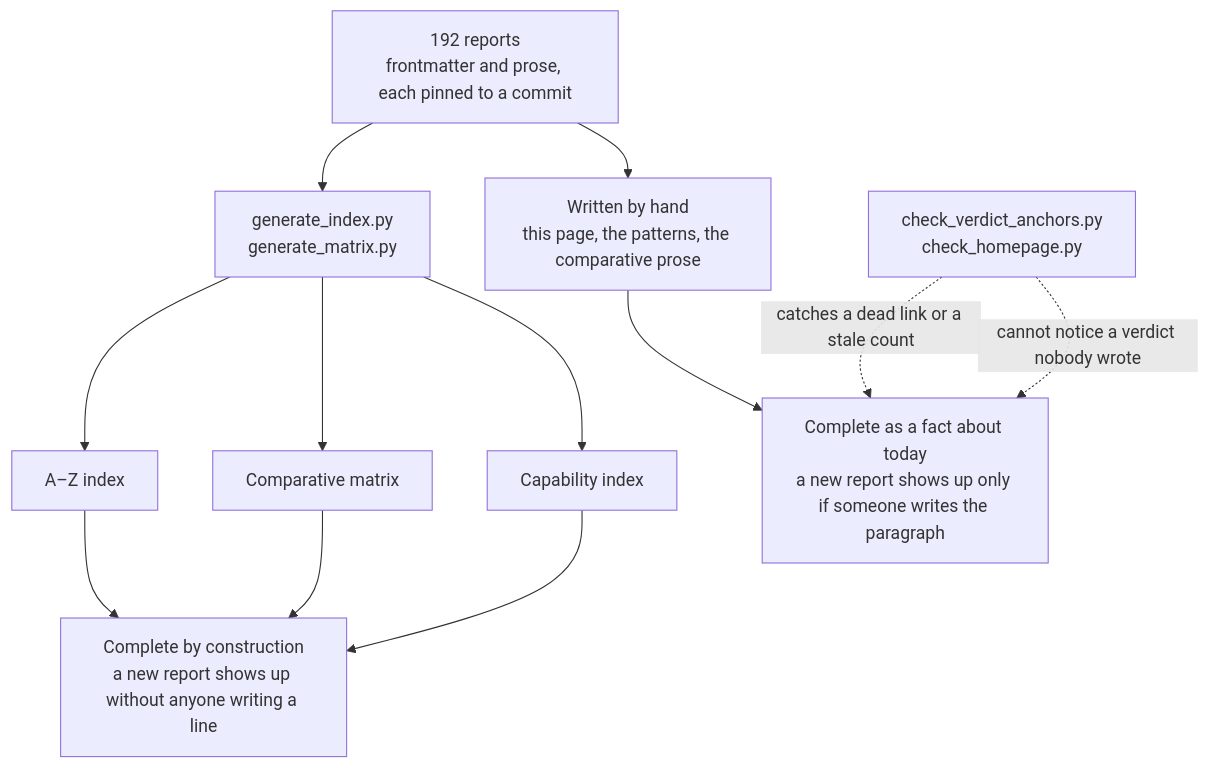
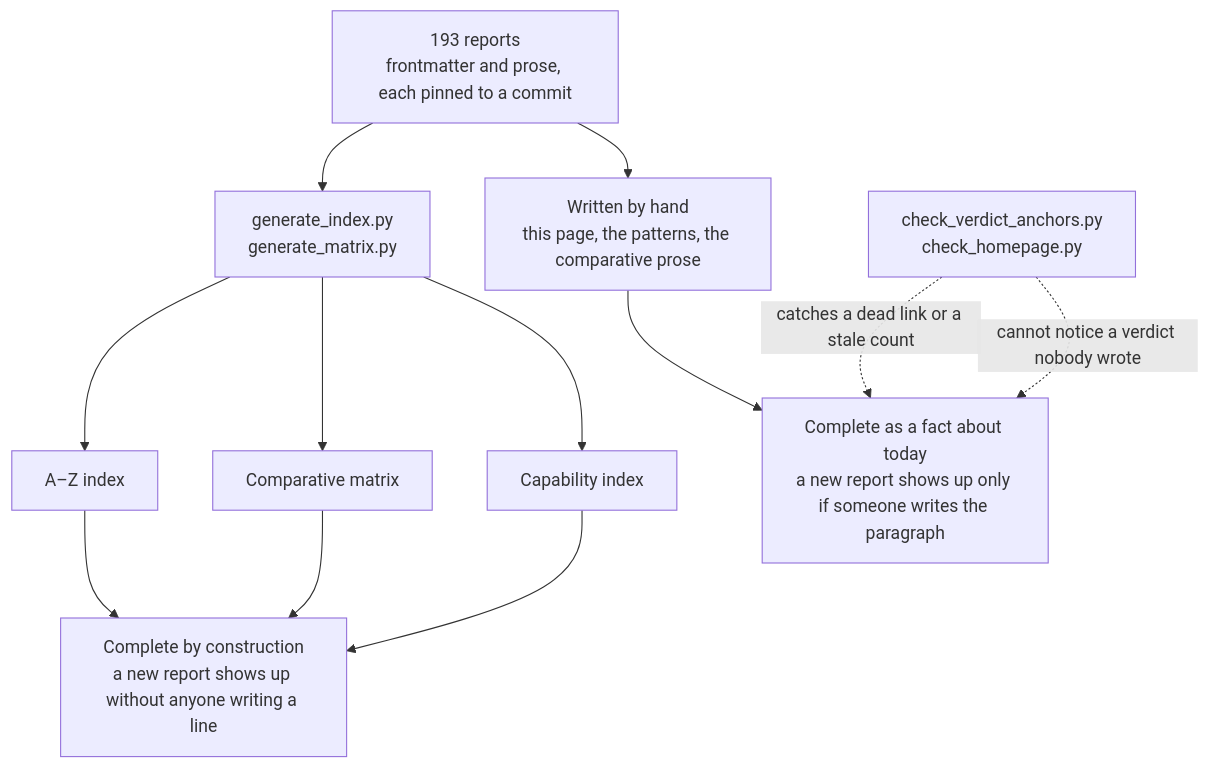
The diagram in content/verdicts.md (neoneye/agent-memory-atlas), drawn with Mermaid before and after one commit. The commit also changed other lines of this file and 19 other files, not shown here.

````diff
--- a/content/verdicts.md
+++ b/content/verdicts.md
@@ -40,15 +40,15 @@
 ```mermaid
 flowchart TD
-    R["192 reports<br/>frontmatter and prose, each pinned to a commit"]
+    R["193 reports<br/>frontmatter and prose, each pinned to a commit"]
     R --> GEN["generate_index.py<br/>generate_matrix.py"]
     R --> HAND["Written by hand<br/>this page, the patterns, the comparative prose"]
     GEN --> AZ["A–Z index"]
     GEN --> MX["Comparative matrix"]
     GEN --> CI["Capability index"]
     AZ --> CONST["Complete by construction<br/>a new report shows up without anyone writing a line"]
     MX --> CONST
     CI --> CONST
     HAND --> TODAY["Complete as a fact about today<br/>a new report shows up only if someone writes the paragraph"]
     CHK["check_verdict_anchors.py<br/>check_homepage.py"] -.->|"catches a dead link or a stale count"| TODAY
     CHK -.->|"cannot notice a verdict nobody wrote"| TODAY
 ```
````
